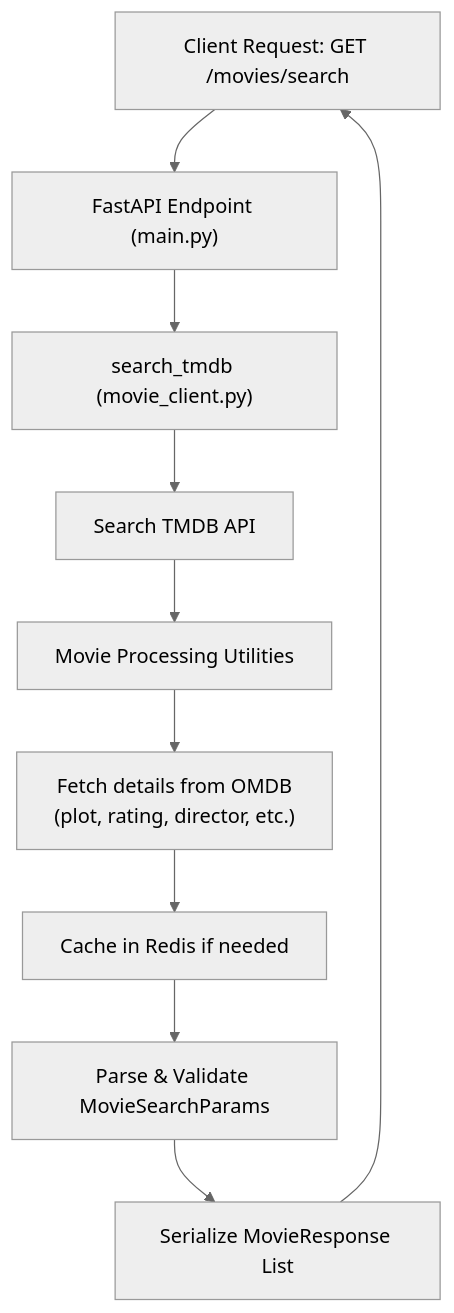
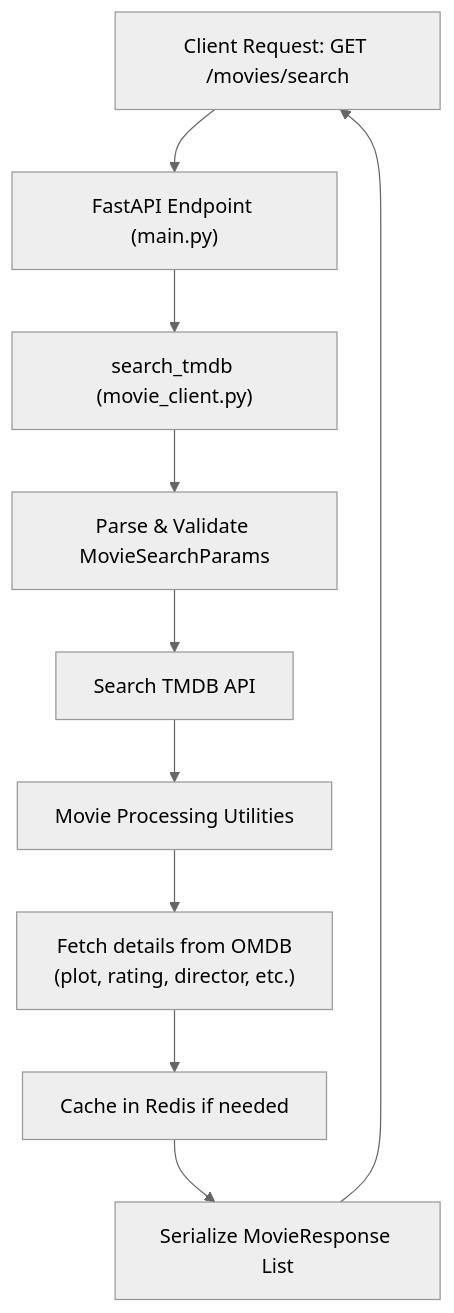
Before and after one commit to Omarkhaled711/Movie-Search-API-Backend: the diagram in README.md, drawn with Mermaid (neutral theme). The commit also changed other lines of this file, not shown here.

Commit message:
Updated readme.md (fixed mermaid)

````diff
--- a/README.md
+++ b/README.md
@@ -57,23 +57,23 @@
 ```mermaid
 flowchart TD
     User["Client Request: GET /movies/search"]
         --> FastAPI["FastAPI Endpoint (main.py)"]
     FastAPI
         --> Client["search_tmdb (movie_client.py)"]
     Client
+        --> Params["Parse & Validate MovieSearchParams"]
+    Params
         --> TMDB["Search TMDB API"]
         --> Utilities["Movie Processing Utilities"]
         --> OMDB["Fetch details from OMDB
         (plot, rating, director, etc.)"]
 
     OMDB
         --> Cache["Cache in Redis if needed"]
     Cache
-        --> Params["Parse & Validate MovieSearchParams"]
-    Params
         --> Response["Serialize MovieResponse List"]
     Response
         --> User
 
 
 ```
````
